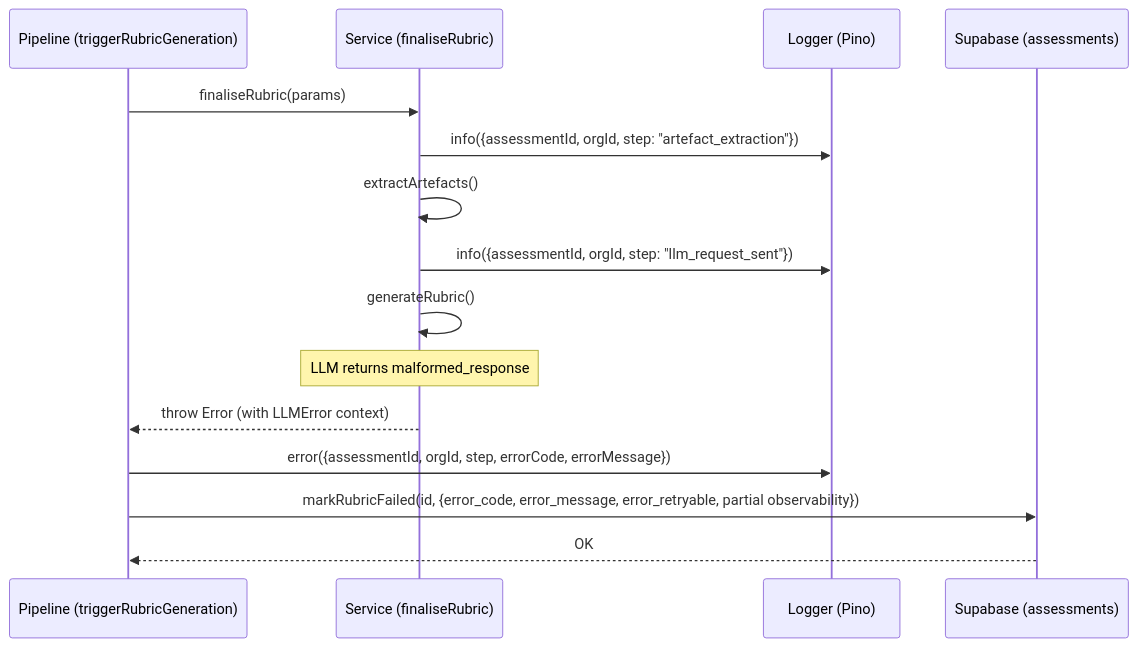
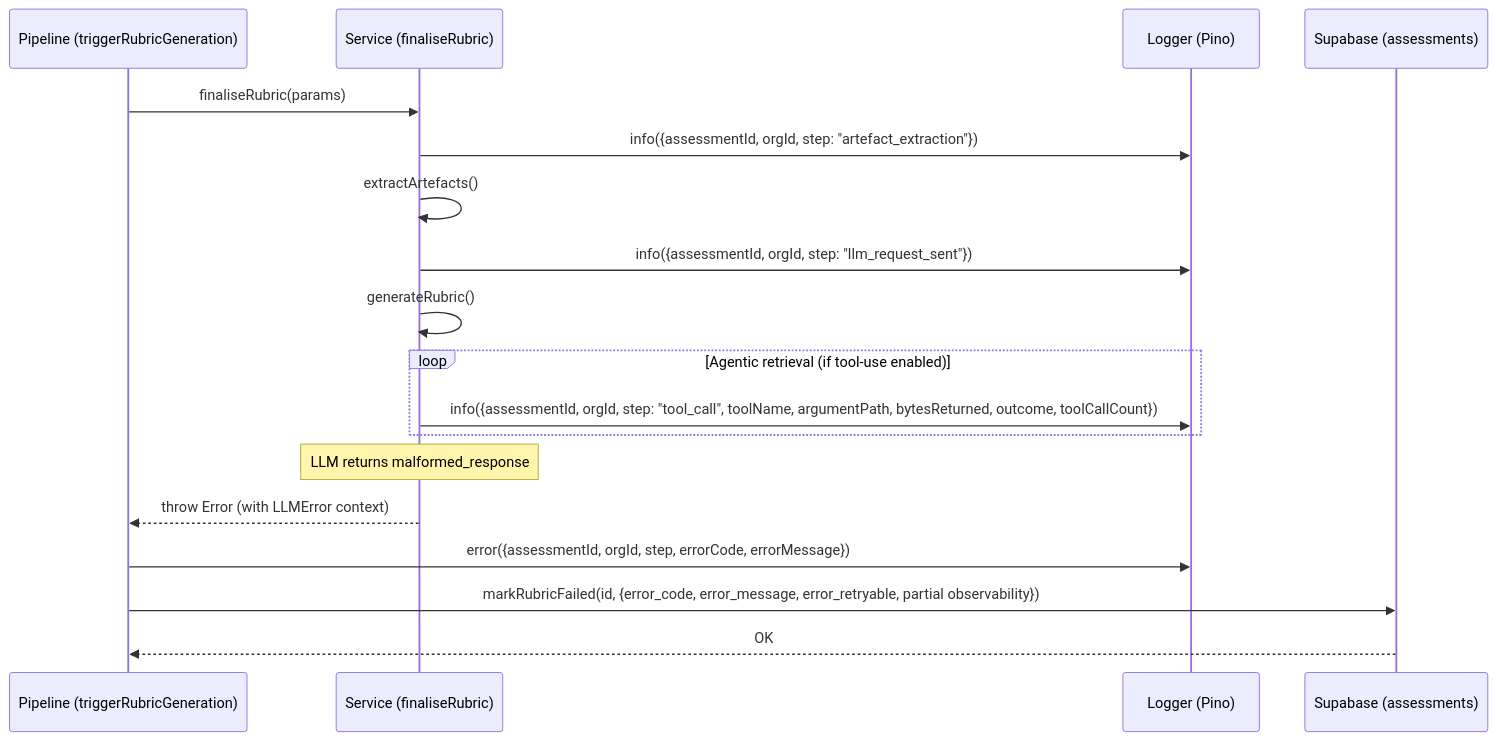
Before and after one commit to mironyx/feature-comprehension-score: the first of 4 diagrams in docs/design/lld-e18.md, drawn with Mermaid. The commit also changed other lines of this file and 1 other file, not shown here.

Commit message:
docs: add agentic retrieval tool-call logging and progress to E18 design #271

````diff
--- a/docs/design/lld-e18.md
+++ b/docs/design/lld-e18.md
@@ -29,18 +30,21 @@
 ```mermaid
 sequenceDiagram
     participant P as Pipeline (triggerRubricGeneration)
     participant S as Service (finaliseRubric)
     participant L as Logger (Pino)
     participant DB as Supabase (assessments)
 
     P->>S: finaliseRubric(params)
     S->>L: info({assessmentId, orgId, step: "artefact_extraction"})
     S->>S: extractArtefacts()
     S->>L: info({assessmentId, orgId, step: "llm_request_sent"})
     S->>S: generateRubric()
+    loop Agentic retrieval (if tool-use enabled)
+        S->>L: info({assessmentId, orgId, step: "tool_call", toolName, argumentPath, bytesReturned, outcome, toolCallCount})
+    end
     Note over S: LLM returns malformed_response
     S-->>P: throw Error (with LLMError context)
     P->>L: error({assessmentId, orgId, step, errorCode, errorMessage})
     P->>DB: markRubricFailed(id, {error_code, error_message, error_retryable, partial observability})
     DB-->>P: OK
 ```
````
